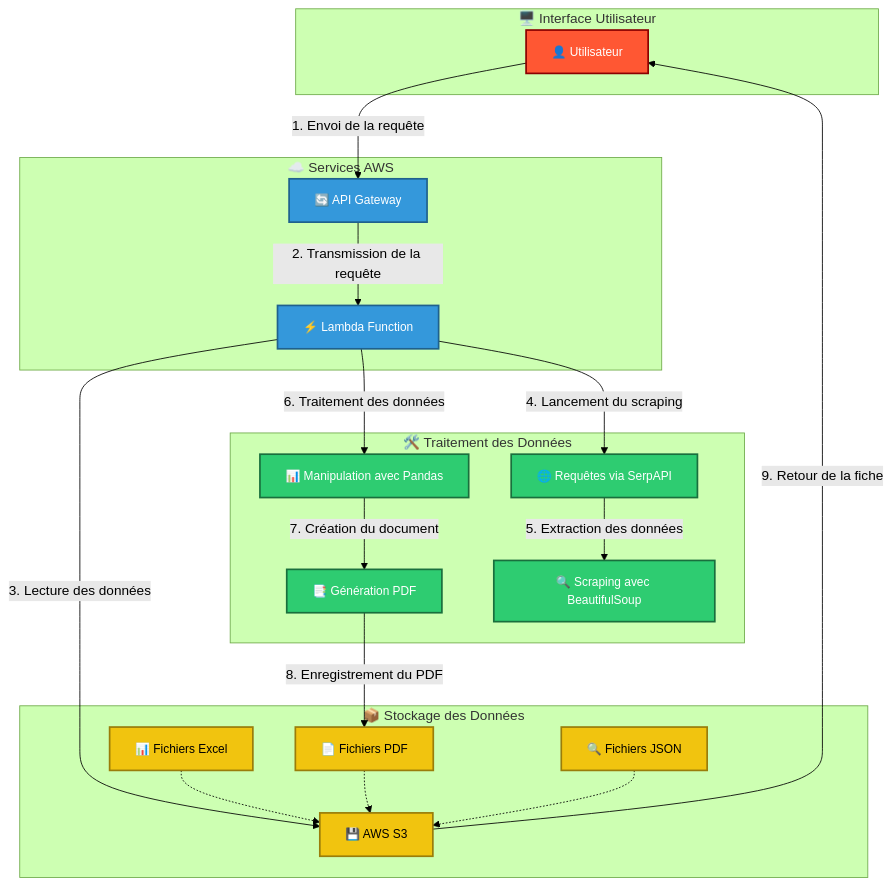
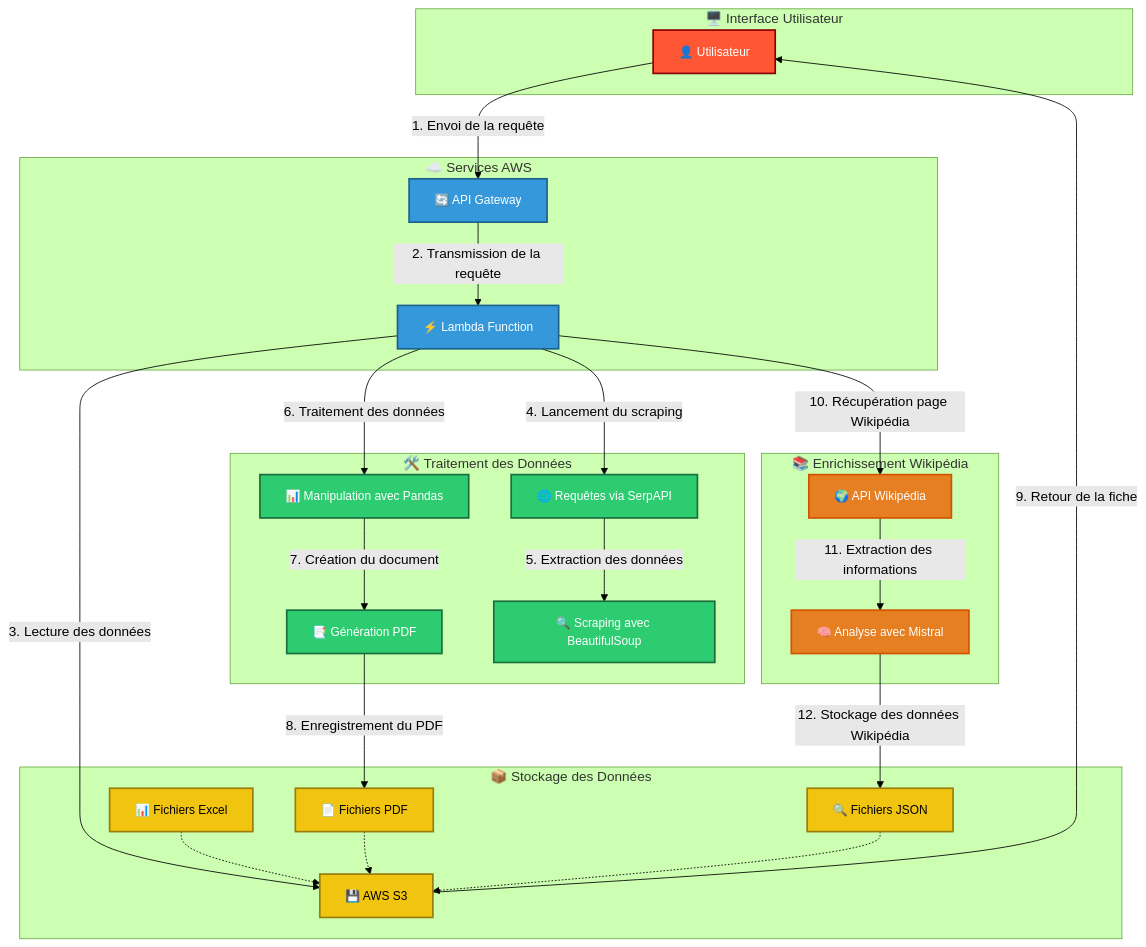
Before and after one commit to ErwanR123/Hackathon_Gen_AI_SIA_Partners_Silf: the diagram in architecture_diagram.md, drawn with Mermaid (forest theme). The commit also changed other lines of this file, not shown here.

````diff
--- a/architecture_diagram.md
+++ b/architecture_diagram.md
@@ -5,54 +1,65 @@
 ```mermaid
 graph TD  
     %% Définition des sous-groupes
     subgraph Frontend["🖥️ Interface Utilisateur"]
         A["👤 Utilisateur"]
     end
 
     subgraph Backend["☁️ Services AWS"]
         C["🔄 API Gateway"]
         D["⚡ Lambda Function"]
     end
 
     subgraph Storage["📦 Stockage des Données"]
         E["💾 AWS S3"]
         E1["📊 Fichiers Excel"]
         E2["📄 Fichiers PDF"]
         E3["🔍 Fichiers JSON"]
     end
 
     subgraph DataProcessing["🛠️ Traitement des Données"]
         F["📊 Manipulation avec Pandas"]
         G["📑 Génération PDF"]
         H["🌐 Requêtes via SerpAPI"]
         I["🔍 Scraping avec BeautifulSoup"]
     end
 
+    subgraph WikipediaProcessing["📚 Enrichissement Wikipédia"]
+        W["🌍 API Wikipédia"]
+        M["🧠 Analyse avec Mistral"]
+    end
+
     %% Flux principal
     A -->|"1. Envoi de la requête"| C
     C -->|"2. Transmission de la requête"| D
     D -->|"3. Lecture des données"| E
     D -->|"4. Lancement du scraping"| H
     H -->|"5. Extraction des données"| I
     D -->|"6. Traitement des données"| F
     F -->|"7. Création du document"| G
     G -->|"8. Enregistrement du PDF"| E2
     E -->|"9. Retour de la fiche"| A
 
+    %% Ajout du flux Wikipédia
+    D -->|"10. Récupération page Wikipédia"| W
+    W -->|"11. Extraction des informations"| M
+    M -->|"12. Stockage des données Wikipédia"| E3
+
     %% Connexions avec le stockage
     E1 -.-> E
     E2 -.-> E
     E3 -.-> E
 
     %% Styles améliorés pour plus de lisibilité
     classDef frontend fill:#FF5733,stroke:#8B0000,stroke-width:2px,color:white,font-size:14px;
     classDef backend fill:#3498DB,stroke:#1F618D,stroke-width:2px,color:white,font-size:14px;
     classDef storage fill:#F1C40F,stroke:#9A7D0A,stroke-width:2px,color:black,font-size:14px;
     classDef processing fill:#2ECC71,stroke:#196F3D,stroke-width:2px,color:white,font-size:14px;
+    classDef wikipedia fill:#E67E22,stroke:#D35400,stroke-width:2px,color:white,font-size:14px;
 
     class A frontend;
     class C,D backend;
     class E,E1,E2,E3 storage;
     class F,G,H,I processing;
-
+    class W,M wikipedia;
 ```
````
